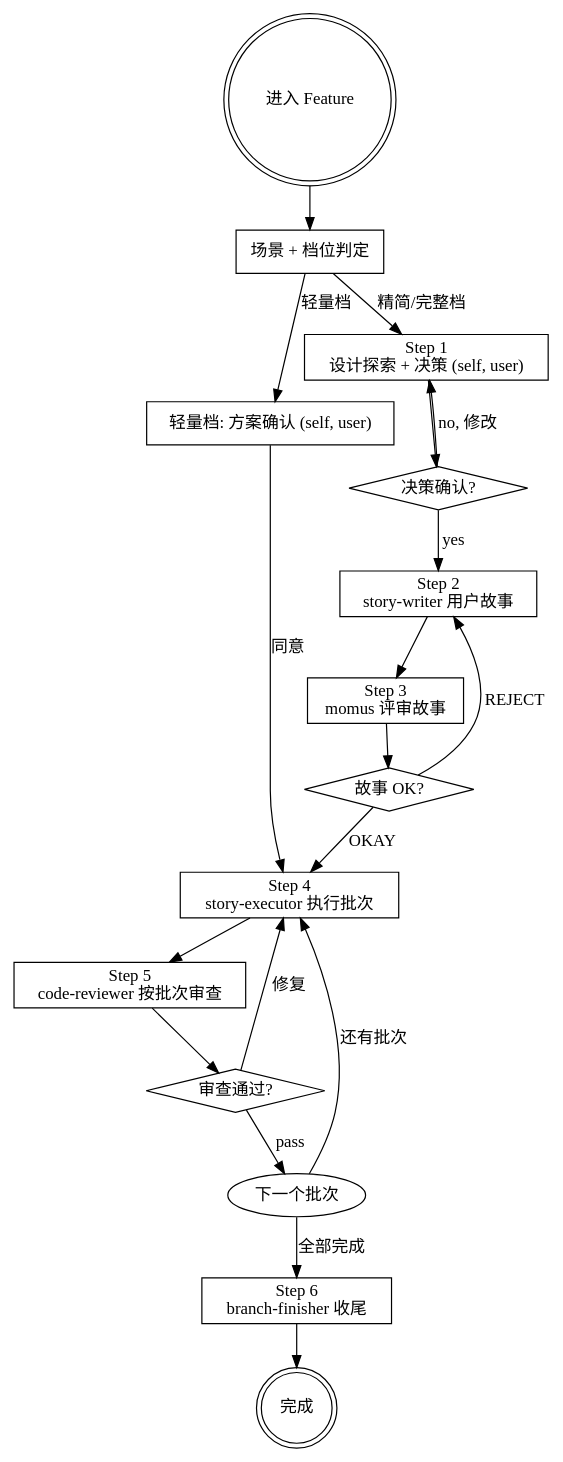
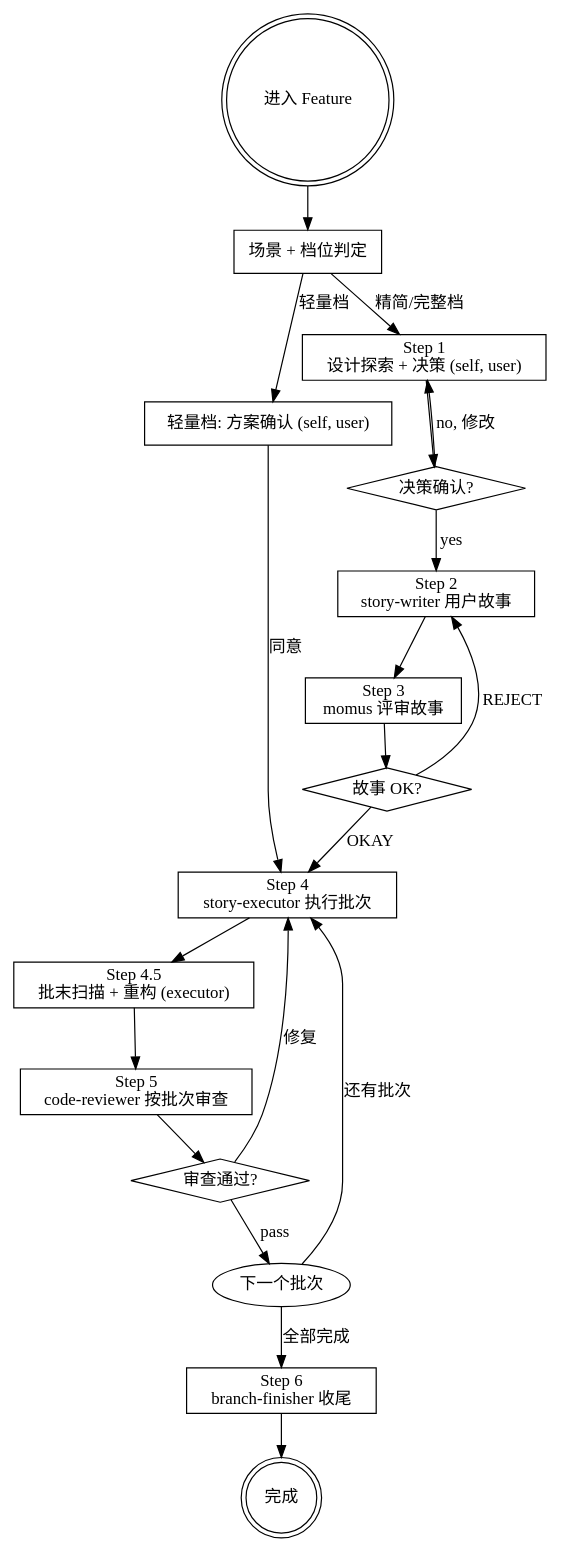
Before and after one commit to hsiang-lee/my_opencode: the diagram in agents/Feature.md, drawn with Graphviz. The commit also changed other lines of this file and 40 other files, not shown here.

````diff
--- a/agents/Feature.md
+++ b/agents/Feature.md
@@ -101,39 +100,41 @@
 ```dot
 digraph feature_flow {
     rankdir=TB;
     start [label="进入 Feature", shape=doublecircle];
     tier [label="场景 + 档位判定", shape=box];
     confirm [label="轻量档: 方案确认 (self, user)", shape=box];
     step1 [label="Step 1\n设计探索 + 决策 (self, user)", shape=box];
     step2 [label="Step 2\nstory-writer 用户故事", shape=box];
     step3 [label="Step 3\nmomus 评审故事", shape=box];
     step4 [label="Step 4\nstory-executor 执行批次", shape=box];
+    step4b [label="Step 4.5\n批末扫描 + 重构 (executor)", shape=box];
     step5 [label="Step 5\ncode-reviewer 按批次审查", shape=box];
     step6 [label="Step 6\nbranch-finisher 收尾", shape=box];
 
     gate1 [label="决策确认?", shape=diamond];
     gate3 [label="故事 OK?", shape=diamond];
     gate5 [label="审查通过?", shape=diamond];
     loop [label="下一个批次", shape=ellipse];
     done [label="完成", shape=doublecircle];
 
     start -> tier;
     tier -> confirm [label="轻量档"];
     tier -> step1 [label="精简/完整档"];
     confirm -> step4 [label="同意"];
     step1 -> gate1;
     gate1 -> step2 [label="yes"];
     gate1 -> step1 [label="no, 修改"];
     step2 -> step3;
     step3 -> gate3;
     gate3 -> step4 [label="OKAY"];
     gate3 -> step2 [label="REJECT"];
-    step4 -> step5;
+    step4 -> step4b;
+    step4b -> step5;
     step5 -> gate5;
     gate5 -> loop [label="pass"];
     gate5 -> step4 [label="修复"];
     loop -> step4 [label="还有批次"];
     loop -> step6 [label="全部完成"];
     step6 -> done;
 }
 ```
````
